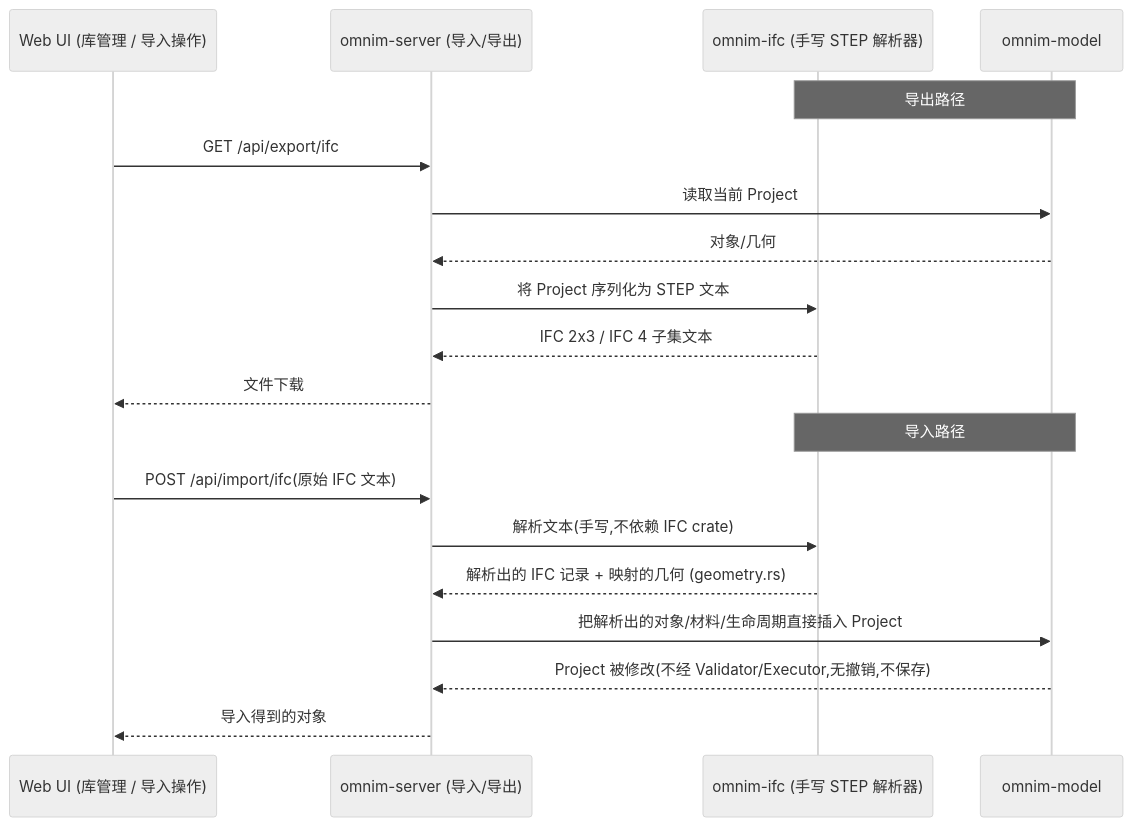
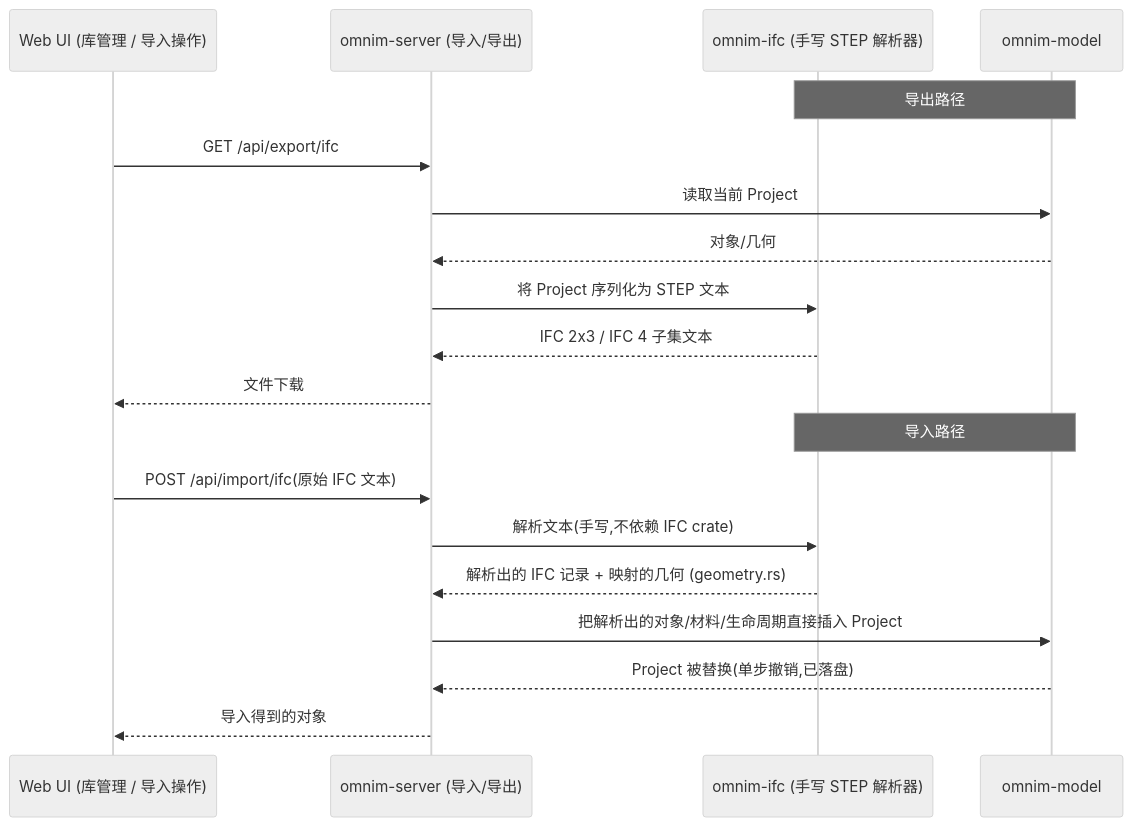
The third of 5 diagrams in docs/architecture/DATA_FLOW.zh-CN.md (ronekyng/OmniM), drawn with Mermaid (neutral theme) before and after one commit. The commit also changed other lines of this file and 43 other files, not shown here.

````diff
--- a/docs/architecture/DATA_FLOW.zh-CN.md
+++ b/docs/architecture/DATA_FLOW.zh-CN.md
@@ -146,22 +147,22 @@
 ```mermaid
 sequenceDiagram
     participant U as Web UI (库管理 / 导入操作)
     participant S as omnim-server (导入/导出)
     participant I as omnim-ifc (手写 STEP 解析器)
     participant M as omnim-model
     Note over I,M: 导出路径
     U->>S: GET /api/export/ifc
     S->>M: 读取当前 Project
     M-->>S: 对象/几何
     S->>I: 将 Project 序列化为 STEP 文本
     I-->>S: IFC 2x3 / IFC 4 子集文本
     S-->>U: 文件下载
 
     Note over I,M: 导入路径
     U->>S: POST /api/import/ifc(原始 IFC 文本)
     S->>I: 解析文本(手写,不依赖 IFC crate)
     I-->>S: 解析出的 IFC 记录 + 映射的几何 (geometry.rs)
     S->>M: 把解析出的对象/材料/生命周期直接插入 Project
-    M-->>S: Project 被修改(不经 Validator/Executor,无撤销,不保存)
+    M-->>S: Project 被替换(单步撤销,已落盘)
     S-->>U: 导入得到的对象
 ```
````
